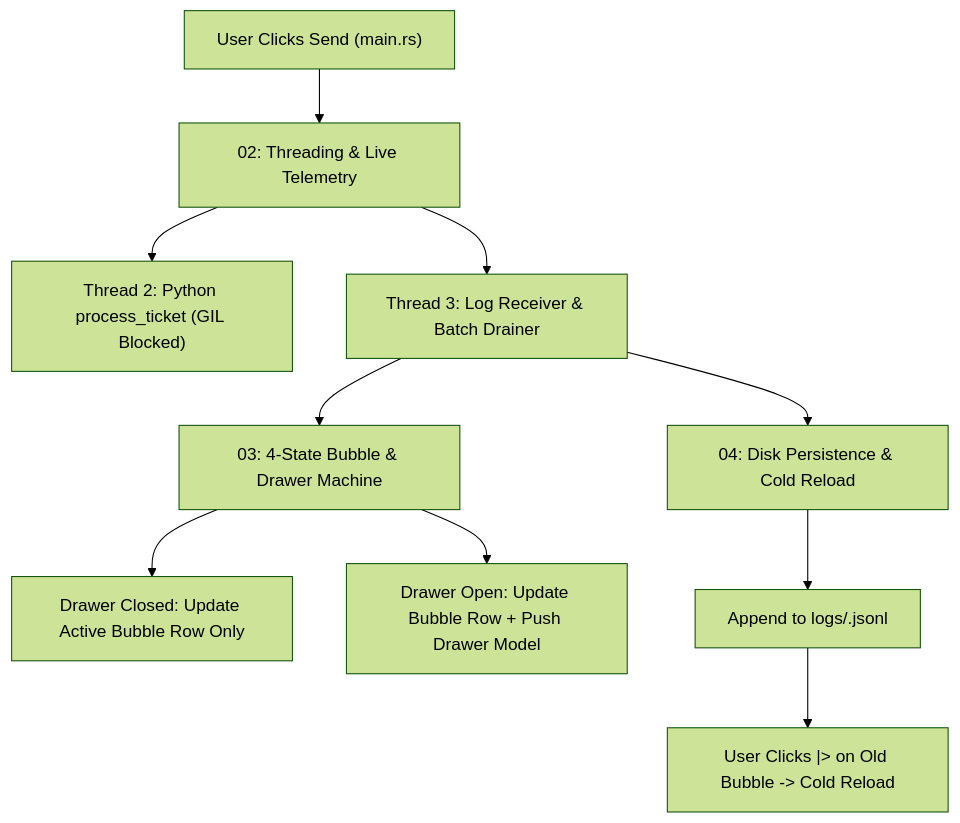
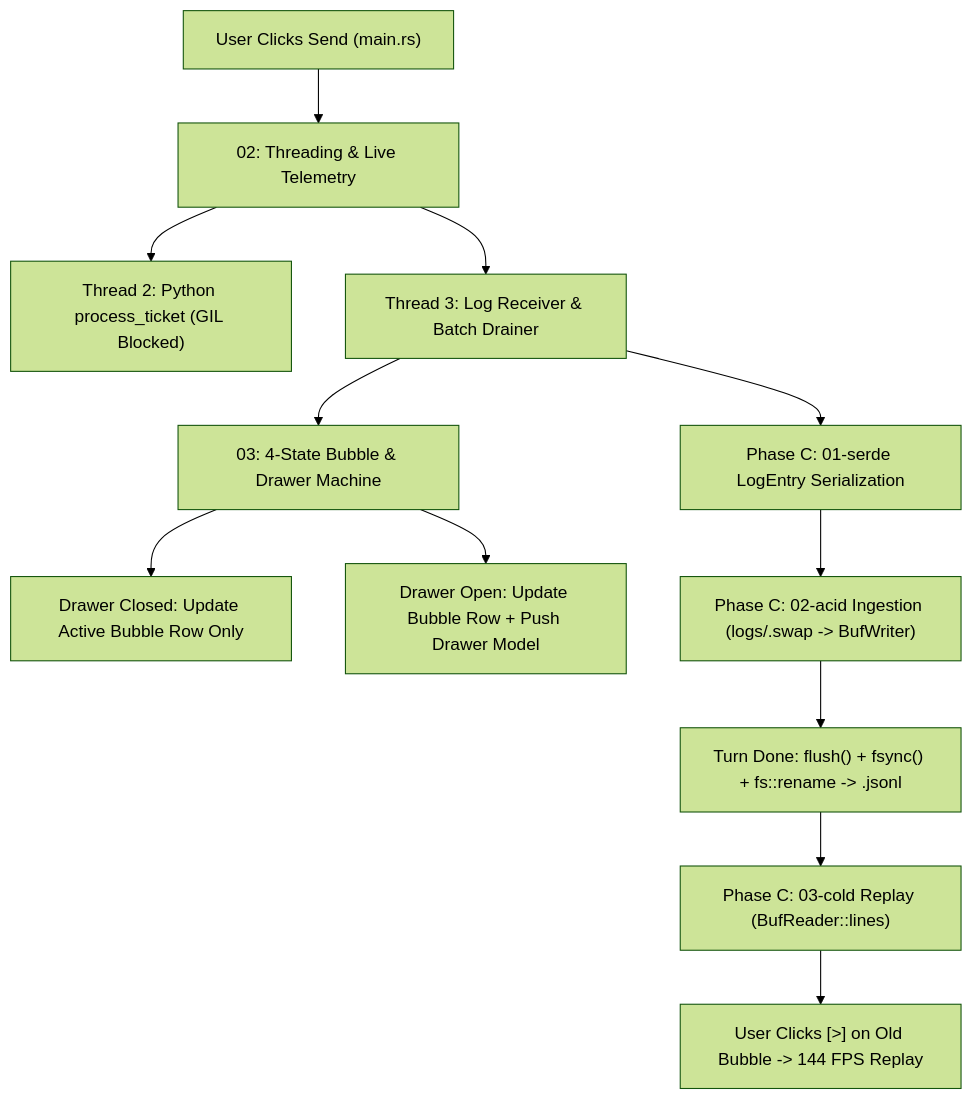
The diagram in reports/urgent_development/01_slint_gui_telemetry_and_ux_parity/README.md (PIRATE-E/RUST_GUI-AI_TASK_WORKFLOW), drawn with Mermaid (forest theme) before and after one commit. The commit also changed other lines of this file and 7 other files, not shown here.

````diff
--- a/reports/urgent_development/01_slint_gui_telemetry_and_ux_parity/README.md
+++ b/reports/urgent_development/01_slint_gui_telemetry_and_ux_parity/README.md
@@ -23,12 +34,14 @@
 ```mermaid
 flowchart TD
     Send["User Clicks Send (main.rs)"] --> D02["02: Threading & Live Telemetry"]
     D02 --> T2["Thread 2: Python process_ticket (GIL Blocked)"]
     D02 --> T3["Thread 3: Log Receiver & Batch Drainer"]
     T3 --> D03["03: 4-State Bubble & Drawer Machine"]
     D03 --> Closed["Drawer Closed: Update Active Bubble Row Only"]
     D03 --> Open["Drawer Open: Update Bubble Row + Push Drawer Model"]
-    T3 --> D04["04: Disk Persistence & Cold Reload"]
-    D04 --> JSONL["Append to logs/<ticket_id>.jsonl"]
-    JSONL --> ColdClick["User Clicks |> on Old Bubble -> Cold Reload"]
+    T3 --> PC01["Phase C: 01-serde LogEntry Serialization"]
+    PC01 --> PC02["Phase C: 02-acid Ingestion (logs/<id>.swap -> BufWriter)"]
+    PC02 --> Rename["Turn Done: flush() + fsync() + fs::rename -> <id>.jsonl"]
+    Rename --> PC03["Phase C: 03-cold Replay (BufReader::lines)"]
+    PC03 --> ColdClick["User Clicks [>] on Old Bubble -> 144 FPS Replay"]
 ```
````
